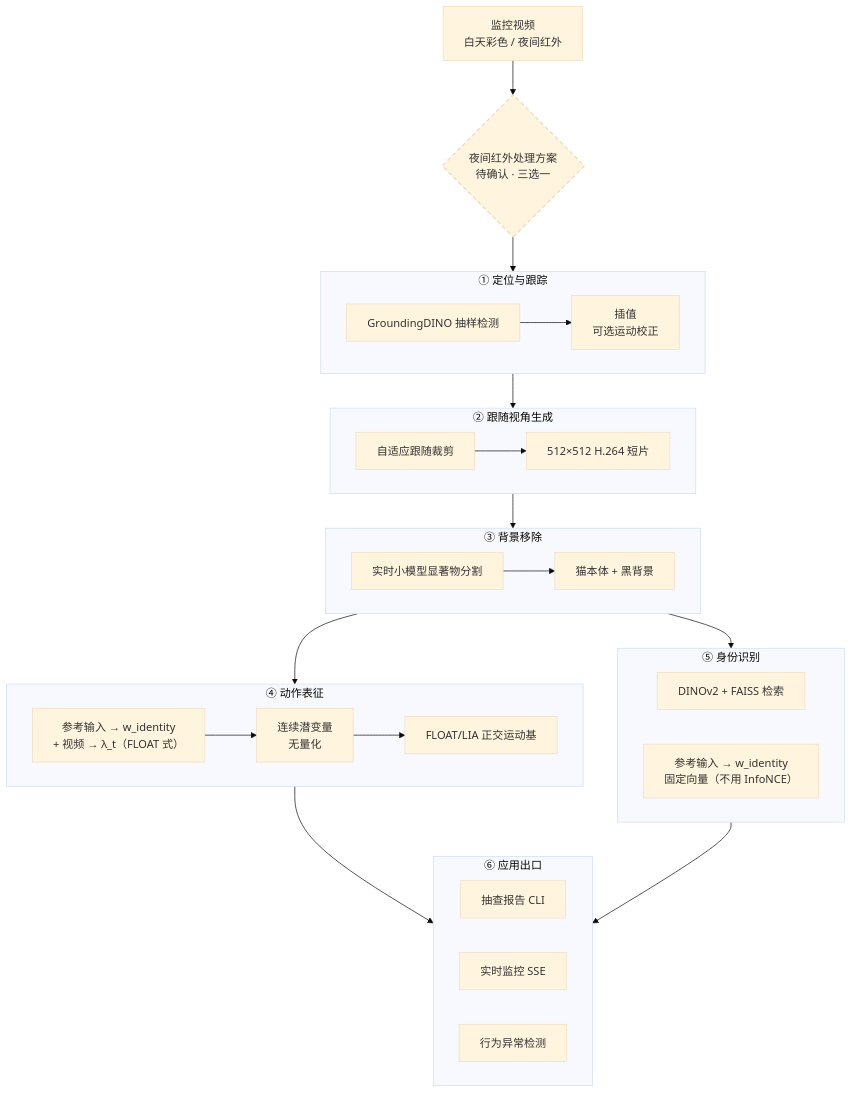
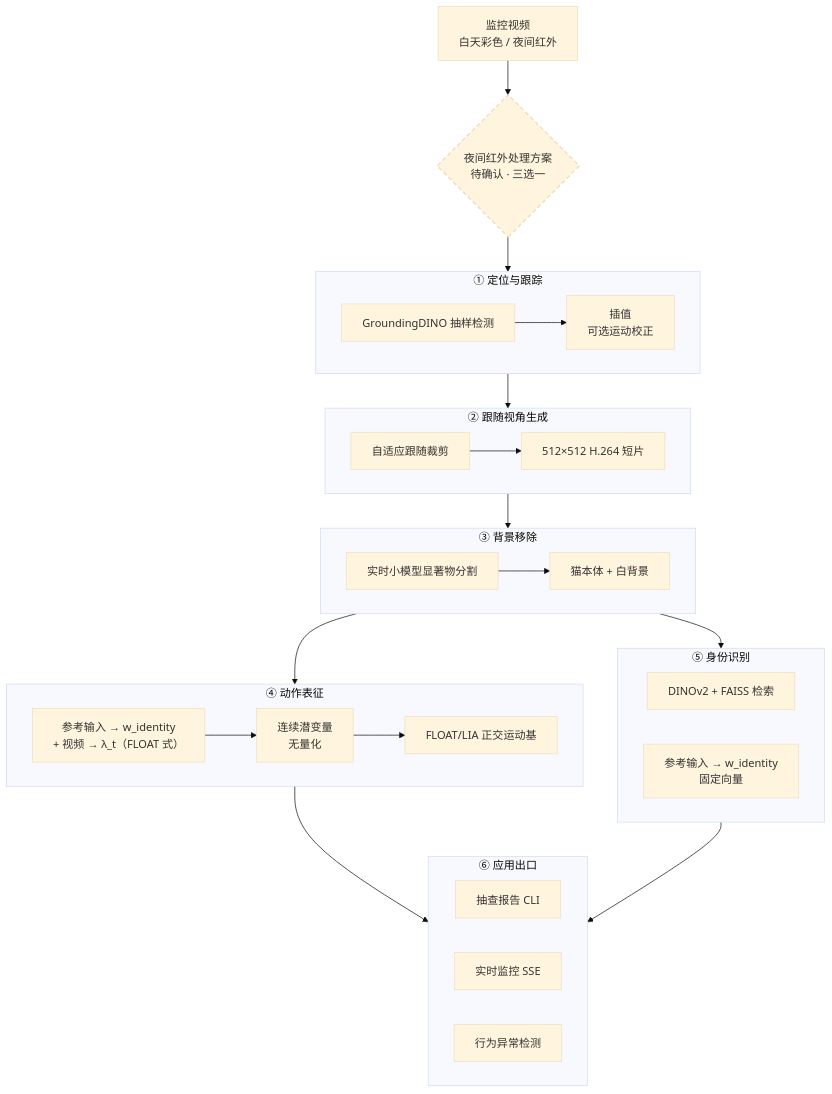
One commit to gongshangzheng/pet-action-recognition changed the first of 7 diagrams in management/docs/architecture.md. Above: the diagram before and after it, drawn with Mermaid (base theme). The commit also changed other lines of this file and 8 other files, not shown here.

First line of the commit message:
docs: 清除'不用 InfoNCE'式悬空否定；背景改填白 + 损失掩码内计算

````diff
--- a/management/docs/architecture.md
+++ b/management/docs/architecture.md
@@ -43,45 +43,45 @@
 ```mermaid
 flowchart TD
     V[监控视频<br/>白天彩色 / 夜间红外] --> IRQ{"夜间红外处理方案<br/>待确认 · 三选一"}
     IRQ --> S1
 
     subgraph S1["① 定位与跟踪"]
         A1[GroundingDINO 抽样检测] --> A2[插值<br/>可选运动校正]
     end
 
     S1 --> S2
 
     subgraph S2["② 跟随视角生成"]
         B1[自适应跟随裁剪] --> B2[512×512 H.264 短片]
     end
 
     S2 --> S3
 
     subgraph S3["③ 背景移除"]
-        C1[实时小模型显著物分割] --> C2[猫本体 + 黑背景]
+        C1[实时小模型显著物分割] --> C2[猫本体 + 白背景]
     end
 
     S3 --> S4
     S3 --> S5
 
     subgraph S4["④ 动作表征"]
         D1["参考输入 → w_identity<br/>+ 视频 → λ_t（FLOAT 式）"] --> D2[连续潜变量<br/>无量化]
         D2 --> D3[FLOAT/LIA 正交运动基]
     end
 
     subgraph S5["⑤ 身份识别"]
         E1[DINOv2 + FAISS 检索]
-        E2["参考输入 → w_identity<br/>固定向量（不用 InfoNCE）"]
+        E2["参考输入 → w_identity<br/>固定向量"]
     end
 
     S4 --> S6
     S5 --> S6
 
     subgraph S6["⑥ 应用出口"]
         F1[抽查报告 CLI]
         F2[实时监控 SSE]
         F3[行为异常检测]
     end
 
     style IRQ stroke-dasharray: 6 4,stroke-width:2px
 ```
````
